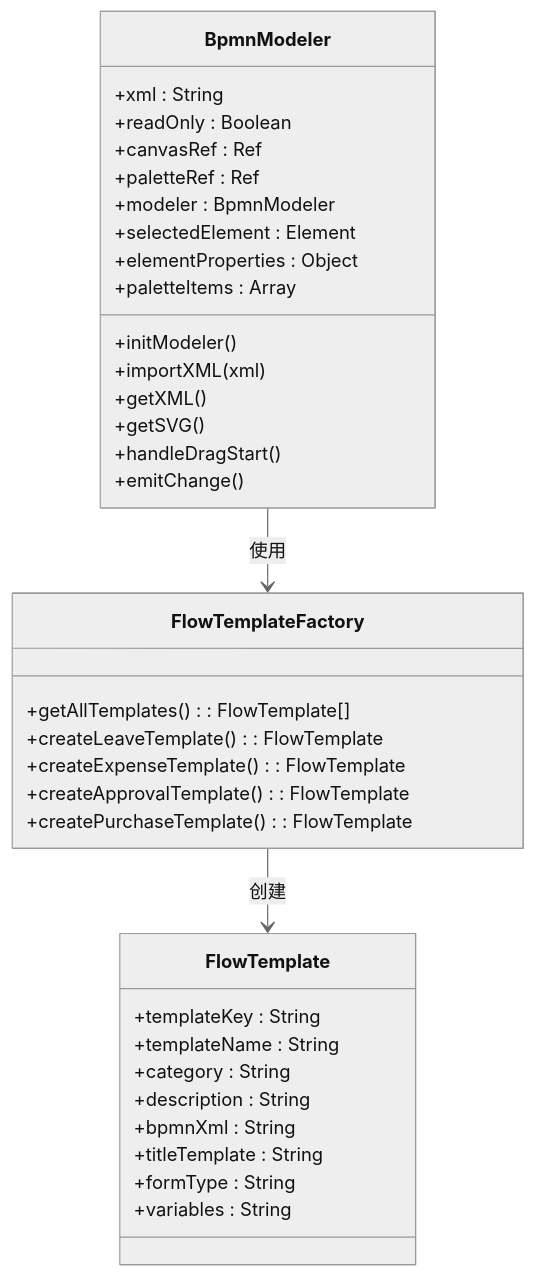
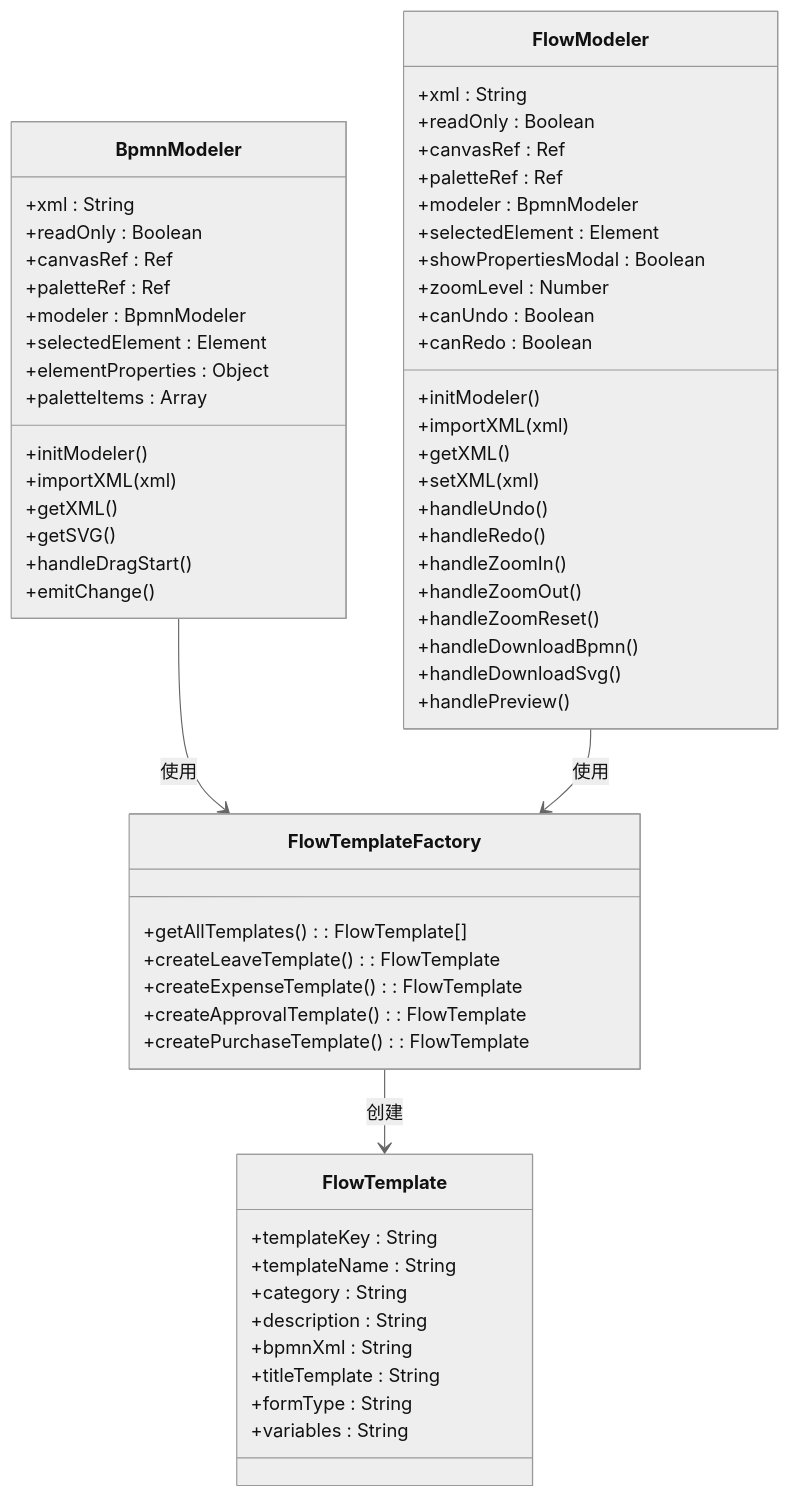
Before and after one commit to yaomindong1996/forge-admin: the third of 11 diagrams in .qoder/repowiki/zh/content/前端框架详解/前端工作流组件.md, drawn with Mermaid (neutral theme). The commit also changed other lines of this file and 95 other files, not shown here.

````diff
--- a/.qoder/repowiki/zh/content/前端框架详解/前端工作流组件.md
+++ b/.qoder/repowiki/zh/content/前端框架详解/前端工作流组件.md
@@ -177,38 +241,63 @@
 ```mermaid
 classDiagram
 class BpmnModeler {
 +xml : String
 +readOnly : Boolean
 +canvasRef : Ref
 +paletteRef : Ref
 +modeler : BpmnModeler
 +selectedElement : Element
 +elementProperties : Object
 +paletteItems : Array
 +initModeler()
 +importXML(xml)
 +getXML()
 +getSVG()
 +handleDragStart()
 +emitChange()
+}
+class FlowModeler {
++xml : String
++readOnly : Boolean
++canvasRef : Ref
++paletteRef : Ref
++modeler : BpmnModeler
++selectedElement : Element
++showPropertiesModal : Boolean
++zoomLevel : Number
++canUndo : Boolean
++canRedo : Boolean
++initModeler()
++importXML(xml)
++getXML()
++setXML(xml)
++handleUndo()
++handleRedo()
++handleZoomIn()
++handleZoomOut()
++handleZoomReset()
++handleDownloadBpmn()
++handleDownloadSvg()
++handlePreview()
 }
 class FlowTemplateFactory {
 +getAllTemplates() : FlowTemplate[]
 +createLeaveTemplate() : FlowTemplate
 +createExpenseTemplate() : FlowTemplate
 +createApprovalTemplate() : FlowTemplate
 +createPurchaseTemplate() : FlowTemplate
 }
 class FlowTemplate {
 +templateKey : String
 +templateName : String
 +category : String
 +description : String
 +bpmnXml : String
 +titleTemplate : String
 +formType : String
 +variables : String
 }
 BpmnModeler --> FlowTemplateFactory : 使用
 FlowTemplateFactory --> FlowTemplate : 创建
+FlowModeler --> FlowTemplateFactory : 使用
 ```
````
